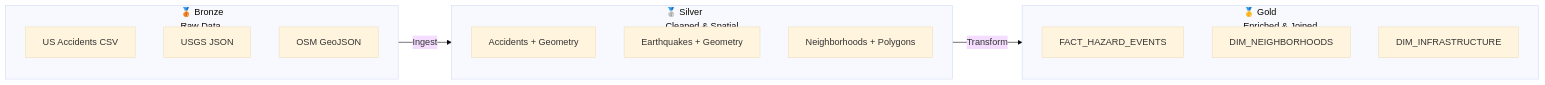
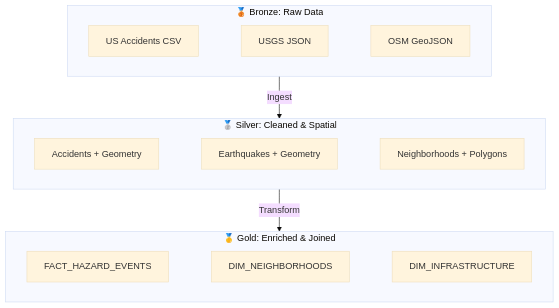
The second of 5 diagrams in README.md (matiasmagni/geo-ai-medallion-architecture-pipeline), drawn with Mermaid (base theme) before and after one commit. The commit also changed other lines of this file, not shown here.

Commit message:
Fix: Use ~~~ for horizontal connections in data source diagrams

````diff
--- a/README.md
+++ b/README.md
@@ -69,23 +65,20 @@
 ```mermaid
-flowchart LR
-    subgraph BRONZE["🥉 Bronze<br/>Raw Data"]
-        B1[US Accidents CSV]
-        B2[USGS JSON]
-        B3[OSM GeoJSON]
+flowchart TB
+    subgraph BRONZE["🥉 Bronze: Raw Data"]
+        direction LR
+        B1[US Accidents CSV] ~~~ B2[USGS JSON] ~~~ B3[OSM GeoJSON]
     end
     
-    subgraph SILVER["🥈 Silver<br/>Cleaned & Spatial"]
-        S1[Accidents + Geometry]
-        S2[Earthquakes + Geometry]
-        S3[Neighborhoods + Polygons]
+    subgraph SILVER["🥈 Silver: Cleaned & Spatial"]
+        direction LR
+        S1[Accidents + Geometry] ~~~ S2[Earthquakes + Geometry] ~~~ S3[Neighborhoods + Polygons]
     end
     
-    subgraph GOLD["🥇 Gold<br/>Enriched & Joined"]
-        G1[FACT_HAZARD_EVENTS]
-        G2[DIM_NEIGHBORHOODS]
-        G3[DIM_INFRASTRUCTURE]
+    subgraph GOLD["🥇 Gold: Enriched & Joined"]
+        direction LR
+        G1[FACT_HAZARD_EVENTS] ~~~ G2[DIM_NEIGHBORHOODS] ~~~ G3[DIM_INFRASTRUCTURE]
     end
     
     BRONZE -->|"Ingest"| SILVER
     SILVER -->|"Transform"| GOLD
 ```
````
